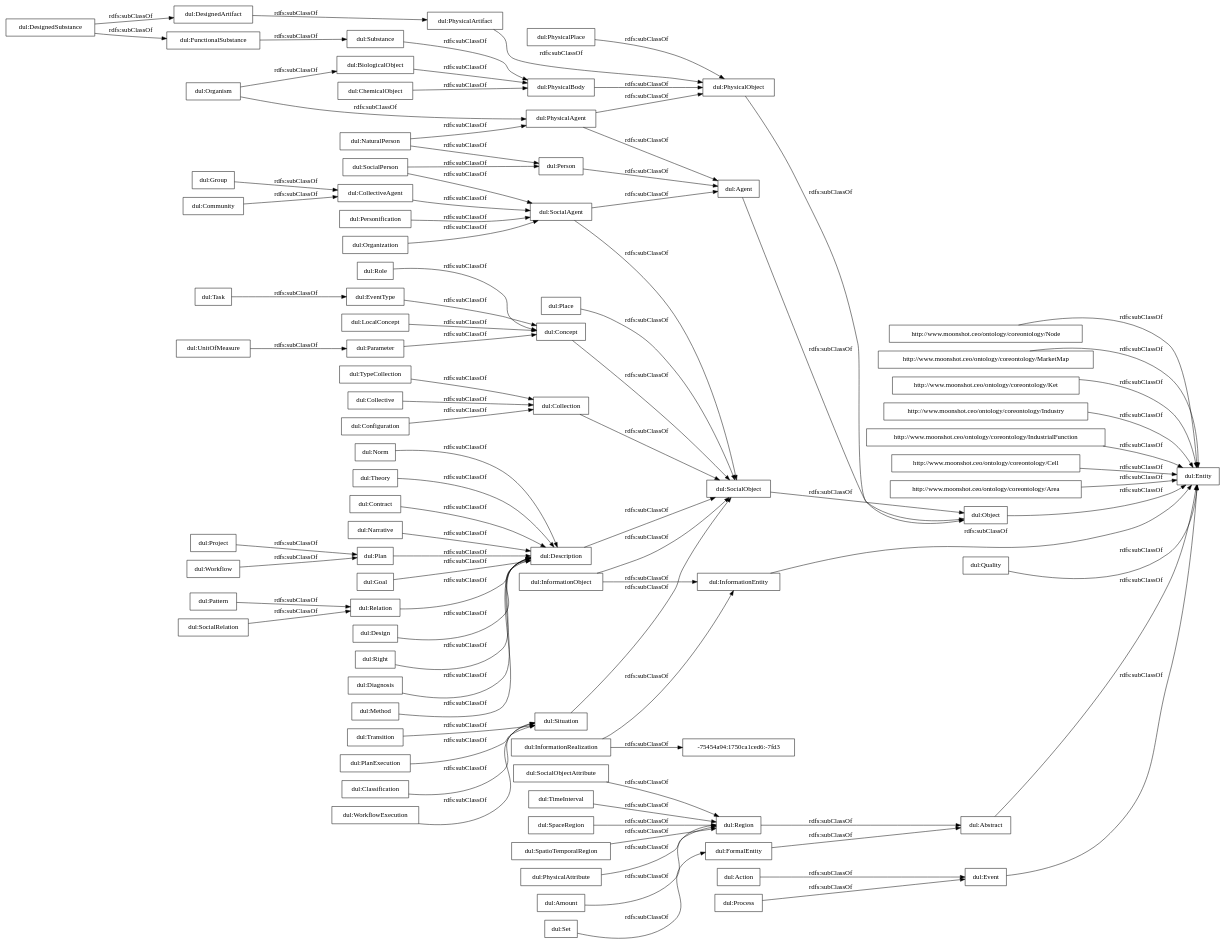
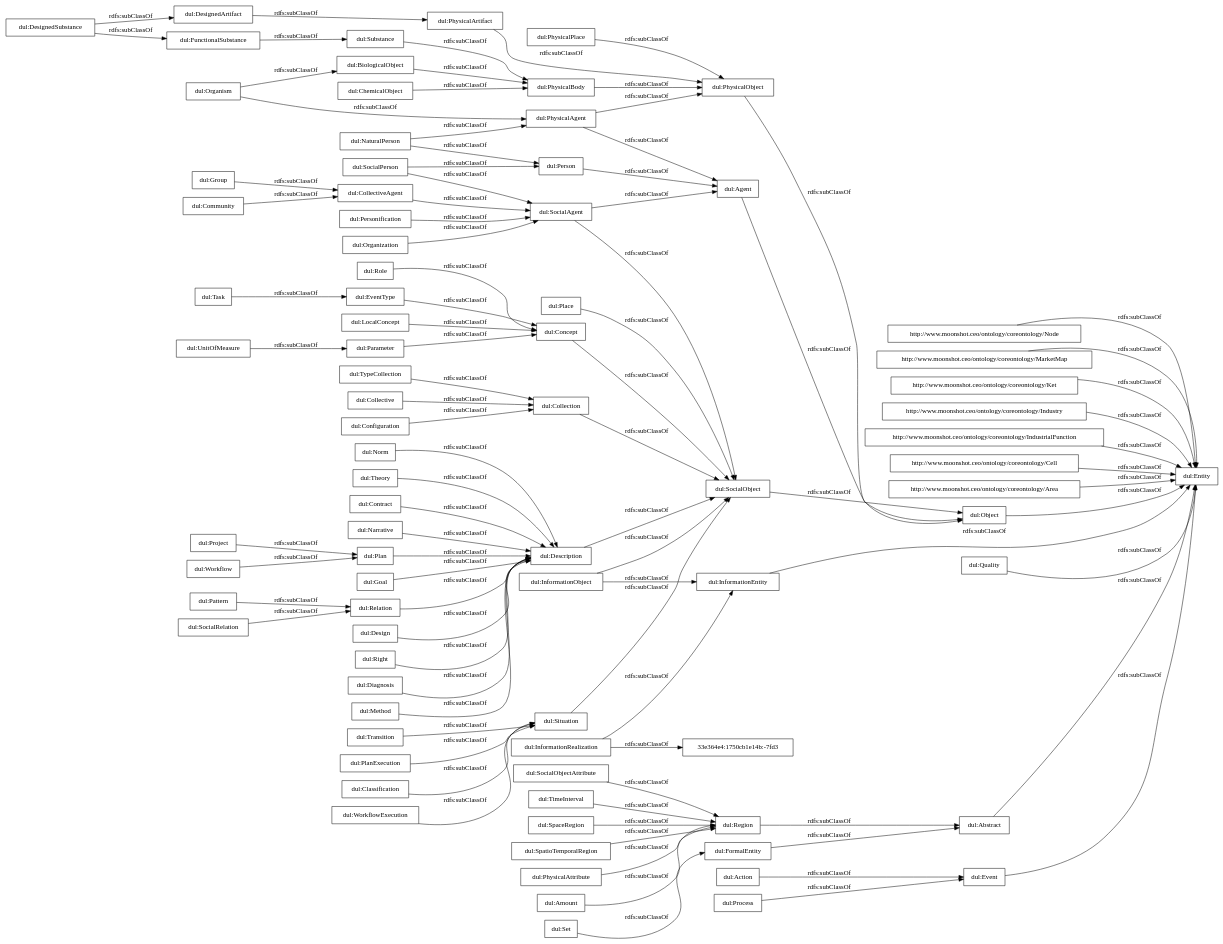
One commit to oeg-upm/IEBrain changed the diagram in OnToology/iebrain.ttl/diagrams/ar2dtool-taxonomy/iebrain.ttl.png.dot. Above: the diagram before and after it, drawn with Graphviz. The commit also changed 8 other files, not shown here.

```diff
--- a/OnToology/iebrain.ttl/diagrams/ar2dtool-taxonomy/iebrain.ttl.png.dot
+++ b/OnToology/iebrain.ttl/diagrams/ar2dtool-taxonomy/iebrain.ttl.png.dot
@@ -1,95 +1,95 @@
 digraph ar2dtool_diagram { 
 rankdir=LR;
 size="1000"
-node [shape = rectangle, color="black"]; "http://www.moonshot.ceo/ontology/coreontology/Node" "http://www.moonshot.ceo/ontology/coreontology/MarketMap" "http://www.moonshot.ceo/ontology/coreontology/Ket" "http://www.moonshot.ceo/ontology/coreontology/Industry" "http://www.moonshot.ceo/ontology/coreontology/IndustrialFunction" "http://www.moonshot.ceo/ontology/coreontology/Cell" "http://www.moonshot.ceo/ontology/coreontology/Area" "dul:Goal" "dul:FormalEntity" "dul:EventType" "dul:PhysicalBody" "dul:Object" "dul:Description" "dul:PhysicalAgent" "dul:Role" "dul:Relation" "dul:Organism" "dul:Entity" "dul:Personification" "dul:Situation" "dul:UnitOfMeasure" "dul:Abstract" "dul:SocialPerson" "dul:Transition" "dul:Collective" "dul:CollectiveAgent" "-75454a94:1750ca1ced6:-7fd3" "dul:Amount" "dul:Plan" "dul:Design" "dul:Process" "dul:SocialObjectAttribute" "dul:Right" "dul:Task" "dul:DesignedSubstance" "dul:BiologicalObject" "dul:Place" "dul:Quality" "dul:Action" "dul:SocialAgent" "dul:Configuration" "dul:Project" "dul:PlanExecution" "dul:Pattern" "dul:Diagnosis" "dul:Agent" "dul:Classification" "dul:Parameter" "dul:WorkflowExecution" "dul:SocialObject" "dul:Group" "dul:Community" "dul:FunctionalSubstance" "dul:PhysicalPlace" "dul:Method" "dul:Concept" "dul:SocialRelation" "dul:Event" "dul:DesignedArtifact" "dul:TimeInterval" "dul:Person" "dul:TypeCollection" "dul:SpaceRegion" "dul:PhysicalObject" "dul:SpatioTemporalRegion" "dul:Norm" "dul:InformationRealization" "dul:Theory" "dul:PhysicalAttribute" "dul:NaturalPerson" "dul:Workflow" "dul:InformationObject" "dul:ChemicalObject" "dul:Contract" "dul:Narrative" "dul:Collection" "dul:Substance" "dul:Region" "dul:InformationEntity" "dul:PhysicalArtifact" "dul:Organization" "dul:Set" "dul:LocalConcept" ; /*classes style*/
+node [shape = rectangle, color="black"]; "http://www.moonshot.ceo/ontology/coreontology/Node" "http://www.moonshot.ceo/ontology/coreontology/MarketMap" "http://www.moonshot.ceo/ontology/coreontology/Ket" "http://www.moonshot.ceo/ontology/coreontology/Industry" "http://www.moonshot.ceo/ontology/coreontology/IndustrialFunction" "http://www.moonshot.ceo/ontology/coreontology/Cell" "http://www.moonshot.ceo/ontology/coreontology/Area" "dul:Goal" "dul:FormalEntity" "dul:EventType" "dul:PhysicalBody" "dul:Object" "dul:Description" "dul:PhysicalAgent" "dul:Relation" "dul:Role" "dul:Entity" "dul:Organism" "dul:Personification" "dul:Situation" "dul:UnitOfMeasure" "dul:Abstract" "dul:SocialPerson" "dul:Transition" "dul:Collective" "dul:CollectiveAgent" "dul:Amount" "dul:Plan" "dul:Design" "dul:Process" "dul:SocialObjectAttribute" "dul:Right" "dul:Task" "dul:DesignedSubstance" "dul:BiologicalObject" "dul:Place" "dul:Quality" "dul:Action" "dul:SocialAgent" "dul:Configuration" "dul:Project" "dul:PlanExecution" "dul:Pattern" "dul:Diagnosis" "dul:Agent" "dul:Classification" "dul:Parameter" "dul:WorkflowExecution" "dul:SocialObject" "dul:Group" "dul:Community" "dul:FunctionalSubstance" "dul:PhysicalPlace" "dul:Method" "dul:Concept" "dul:TimeInterval" "dul:SocialRelation" "dul:Event" "dul:DesignedArtifact" "33e364e4:1750cb1e14b:-7fd3" "dul:Person" "dul:TypeCollection" "dul:SpaceRegion" "dul:PhysicalObject" "dul:SpatioTemporalRegion" "dul:Norm" "dul:InformationRealization" "dul:Theory" "dul:PhysicalAttribute" "dul:NaturalPerson" "dul:Workflow" "dul:InformationObject" "dul:ChemicalObject" "dul:Contract" "dul:Narrative" "dul:Collection" "dul:Substance" "dul:Region" "dul:InformationEntity" "dul:PhysicalArtifact" "dul:Organization" "dul:Set" "dul:LocalConcept" ; /*classes style*/
 	"dul:CollectiveAgent" -> "dul:SocialAgent" [ label = "rdfs:subClassOf" ];
 	"dul:Region" -> "dul:Abstract" [ label = "rdfs:subClassOf" ];
 	"http://www.moonshot.ceo/ontology/coreontology/Node" -> "dul:Entity" [ label = "rdfs:subClassOf" ];
 	"dul:TypeCollection" -> "dul:Collection" [ label = "rdfs:subClassOf" ];
 	"dul:PhysicalAttribute" -> "dul:Region" [ label = "rdfs:subClassOf" ];
 	"dul:Organization" -> "dul:SocialAgent" [ label = "rdfs:subClassOf" ];
 	"dul:Configuration" -> "dul:Collection" [ label = "rdfs:subClassOf" ];
 	"dul:Quality" -> "dul:Entity" [ label = "rdfs:subClassOf" ];
 	"http://www.moonshot.ceo/ontology/coreontology/Industry" -> "dul:Entity" [ label = "rdfs:subClassOf" ];
 	"dul:Description" -> "dul:SocialObject" [ label = "rdfs:subClassOf" ];
 	"dul:Community" -> "dul:CollectiveAgent" [ label = "rdfs:subClassOf" ];
 	"dul:Method" -> "dul:Description" [ label = "rdfs:subClassOf" ];
 	"dul:Concept" -> "dul:SocialObject" [ label = "rdfs:subClassOf" ];
 	"dul:Object" -> "dul:Entity" [ label = "rdfs:subClassOf" ];
 	"dul:Place" -> "dul:SocialObject" [ label = "rdfs:subClassOf" ];
 	"dul:PhysicalArtifact" -> "dul:PhysicalObject" [ label = "rdfs:subClassOf" ];
 	"dul:Organism" -> "dul:PhysicalAgent" [ label = "rdfs:subClassOf" ];
 	"dul:Organism" -> "dul:BiologicalObject" [ label = "rdfs:subClassOf" ];
 	"dul:Goal" -> "dul:Description" [ label = "rdfs:subClassOf" ];
 	"dul:FunctionalSubstance" -> "dul:Substance" [ label = "rdfs:subClassOf" ];
 	"dul:Role" -> "dul:Concept" [ label = "rdfs:subClassOf" ];
 	"dul:Collective" -> "dul:Collection" [ label = "rdfs:subClassOf" ];
 	"dul:InformationObject" -> "dul:SocialObject" [ label = "rdfs:subClassOf" ];
 	"dul:InformationObject" -> "dul:InformationEntity" [ label = "rdfs:subClassOf" ];
 	"dul:UnitOfMeasure" -> "dul:Parameter" [ label = "rdfs:subClassOf" ];
 	"dul:SocialObjectAttribute" -> "dul:Region" [ label = "rdfs:subClassOf" ];
 	"dul:WorkflowExecution" -> "dul:Situation" [ label = "rdfs:subClassOf" ];
 	"dul:Right" -> "dul:Description" [ label = "rdfs:subClassOf" ];
 	"dul:Task" -> "dul:EventType" [ label = "rdfs:subClassOf" ];
 	"dul:Set" -> "dul:FormalEntity" [ label = "rdfs:subClassOf" ];
 	"dul:DesignedSubstance" -> "dul:FunctionalSubstance" [ label = "rdfs:subClassOf" ];
 	"dul:DesignedSubstance" -> "dul:DesignedArtifact" [ label = "rdfs:subClassOf" ];
 	"dul:SocialObject" -> "dul:Object" [ label = "rdfs:subClassOf" ];
 	"dul:Parameter" -> "dul:Concept" [ label = "rdfs:subClassOf" ];
-	"dul:InformationRealization" -> "-75454a94:1750ca1ced6:-7fd3" [ label = "rdfs:subClassOf" ];
+	"dul:InformationRealization" -> "33e364e4:1750cb1e14b:-7fd3" [ label = "rdfs:subClassOf" ];
 	"dul:InformationRealization" -> "dul:InformationEntity" [ label = "rdfs:subClassOf" ];
 	"http://www.moonshot.ceo/ontology/coreontology/Area" -> "dul:Entity" [ label = "rdfs:subClassOf" ];
 	"dul:Substance" -> "dul:PhysicalBody" [ label = "rdfs:subClassOf" ];
 	"dul:PhysicalAgent" -> "dul:PhysicalObject" [ label = "rdfs:subClassOf" ];
 	"dul:PhysicalAgent" -> "dul:Agent" [ label = "rdfs:subClassOf" ];
 	"dul:Event" -> "dul:Entity" [ label = "rdfs:subClassOf" ];
 	"dul:Project" -> "dul:Plan" [ label = "rdfs:subClassOf" ];
 	"dul:PhysicalObject" -> "dul:Object" [ label = "rdfs:subClassOf" ];
 	"dul:Situation" -> "dul:SocialObject" [ label = "rdfs:subClassOf" ];
 	"dul:Action" -> "dul:Event" [ label = "rdfs:subClassOf" ];
 	"dul:Design" -> "dul:Description" [ label = "rdfs:subClassOf" ];
 	"dul:EventType" -> "dul:Concept" [ label = "rdfs:subClassOf" ];
 	"dul:Classification" -> "dul:Situation" [ label = "rdfs:subClassOf" ];
 	"dul:Workflow" -> "dul:Plan" [ label = "rdfs:subClassOf" ];
 	"dul:Pattern" -> "dul:Relation" [ label = "rdfs:subClassOf" ];
 	"http://www.moonshot.ceo/ontology/coreontology/Cell" -> "dul:Entity" [ label = "rdfs:subClassOf" ];
 	"dul:Transition" -> "dul:Situation" [ label = "rdfs:subClassOf" ];
 	"dul:Norm" -> "dul:Description" [ label = "rdfs:subClassOf" ];
 	"dul:Person" -> "dul:Agent" [ label = "rdfs:subClassOf" ];
 	"dul:Contract" -> "dul:Description" [ label = "rdfs:subClassOf" ];
 	"dul:PhysicalPlace" -> "dul:PhysicalObject" [ label = "rdfs:subClassOf" ];
 	"dul:Relation" -> "dul:Description" [ label = "rdfs:subClassOf" ];
 	"dul:SocialRelation" -> "dul:Relation" [ label = "rdfs:subClassOf" ];
 	"dul:PlanExecution" -> "dul:Situation" [ label = "rdfs:subClassOf" ];
 	"dul:LocalConcept" -> "dul:Concept" [ label = "rdfs:subClassOf" ];
 	"dul:FormalEntity" -> "dul:Abstract" [ label = "rdfs:subClassOf" ];
 	"dul:PhysicalBody" -> "dul:PhysicalObject" [ label = "rdfs:subClassOf" ];
 	"http://www.moonshot.ceo/ontology/coreontology/IndustrialFunction" -> "dul:Entity" [ label = "rdfs:subClassOf" ];
 	"dul:BiologicalObject" -> "dul:PhysicalBody" [ label = "rdfs:subClassOf" ];
 	"dul:SocialPerson" -> "dul:SocialAgent" [ label = "rdfs:subClassOf" ];
 	"dul:SocialPerson" -> "dul:Person" [ label = "rdfs:subClassOf" ];
 	"dul:NaturalPerson" -> "dul:PhysicalAgent" [ label = "rdfs:subClassOf" ];
 	"dul:NaturalPerson" -> "dul:Person" [ label = "rdfs:subClassOf" ];
 	"dul:TimeInterval" -> "dul:Region" [ label = "rdfs:subClassOf" ];
 	"http://www.moonshot.ceo/ontology/coreontology/MarketMap" -> "dul:Entity" [ label = "rdfs:subClassOf" ];
 	"dul:Collection" -> "dul:SocialObject" [ label = "rdfs:subClassOf" ];
 	"dul:InformationEntity" -> "dul:Entity" [ label = "rdfs:subClassOf" ];
 	"dul:SpatioTemporalRegion" -> "dul:Region" [ label = "rdfs:subClassOf" ];
 	"dul:Personification" -> "dul:SocialAgent" [ label = "rdfs:subClassOf" ];
 	"dul:DesignedArtifact" -> "dul:PhysicalArtifact" [ label = "rdfs:subClassOf" ];
 	"dul:ChemicalObject" -> "dul:PhysicalBody" [ label = "rdfs:subClassOf" ];
 	"http://www.moonshot.ceo/ontology/coreontology/Ket" -> "dul:Entity" [ label = "rdfs:subClassOf" ];
 	"dul:Narrative" -> "dul:Description" [ label = "rdfs:subClassOf" ];
 	"dul:Process" -> "dul:Event" [ label = "rdfs:subClassOf" ];
 	"dul:Theory" -> "dul:Description" [ label = "rdfs:subClassOf" ];
 	"dul:Abstract" -> "dul:Entity" [ label = "rdfs:subClassOf" ];
 	"dul:SpaceRegion" -> "dul:Region" [ label = "rdfs:subClassOf" ];
 	"dul:Plan" -> "dul:Description" [ label = "rdfs:subClassOf" ];
 	"dul:Group" -> "dul:CollectiveAgent" [ label = "rdfs:subClassOf" ];
 	"dul:SocialAgent" -> "dul:SocialObject" [ label = "rdfs:subClassOf" ];
 	"dul:SocialAgent" -> "dul:Agent" [ label = "rdfs:subClassOf" ];
 	"dul:Diagnosis" -> "dul:Description" [ label = "rdfs:subClassOf" ];
 	"dul:Agent" -> "dul:Object" [ label = "rdfs:subClassOf" ];
 	"dul:Amount" -> "dul:Region" [ label = "rdfs:subClassOf" ];
 
 }
```
